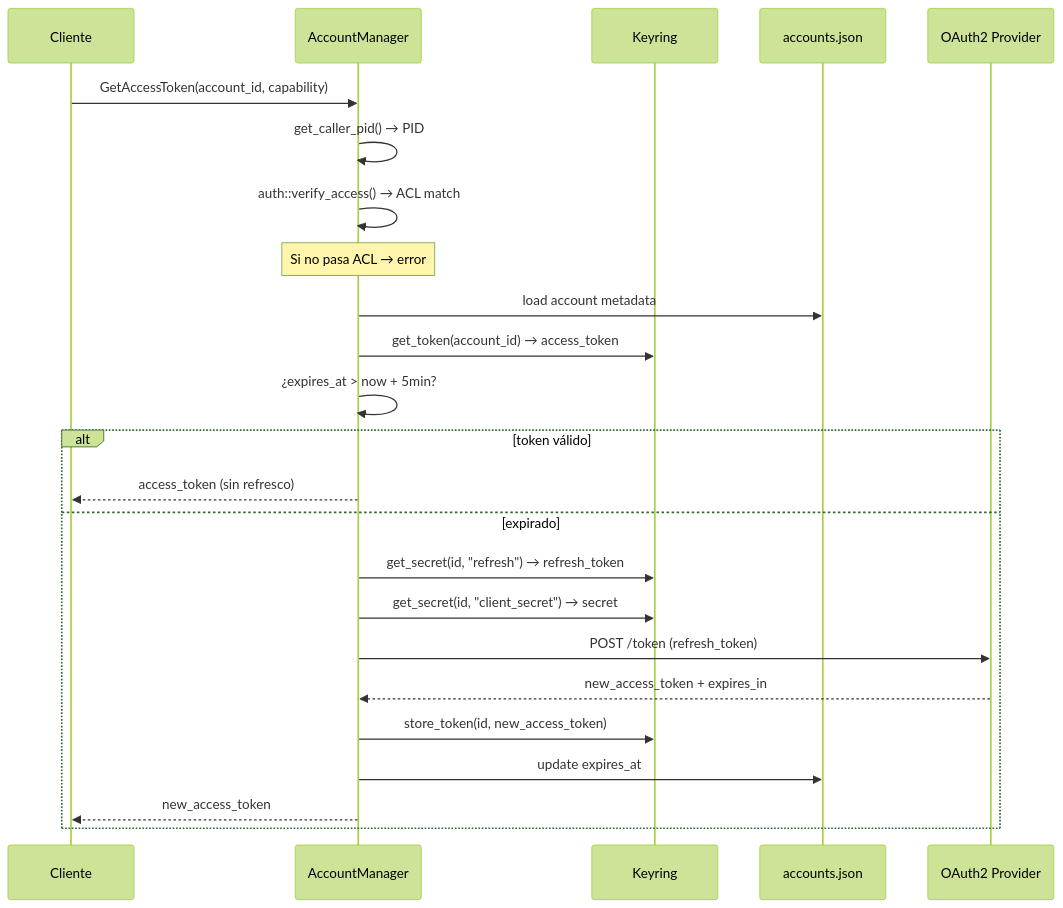
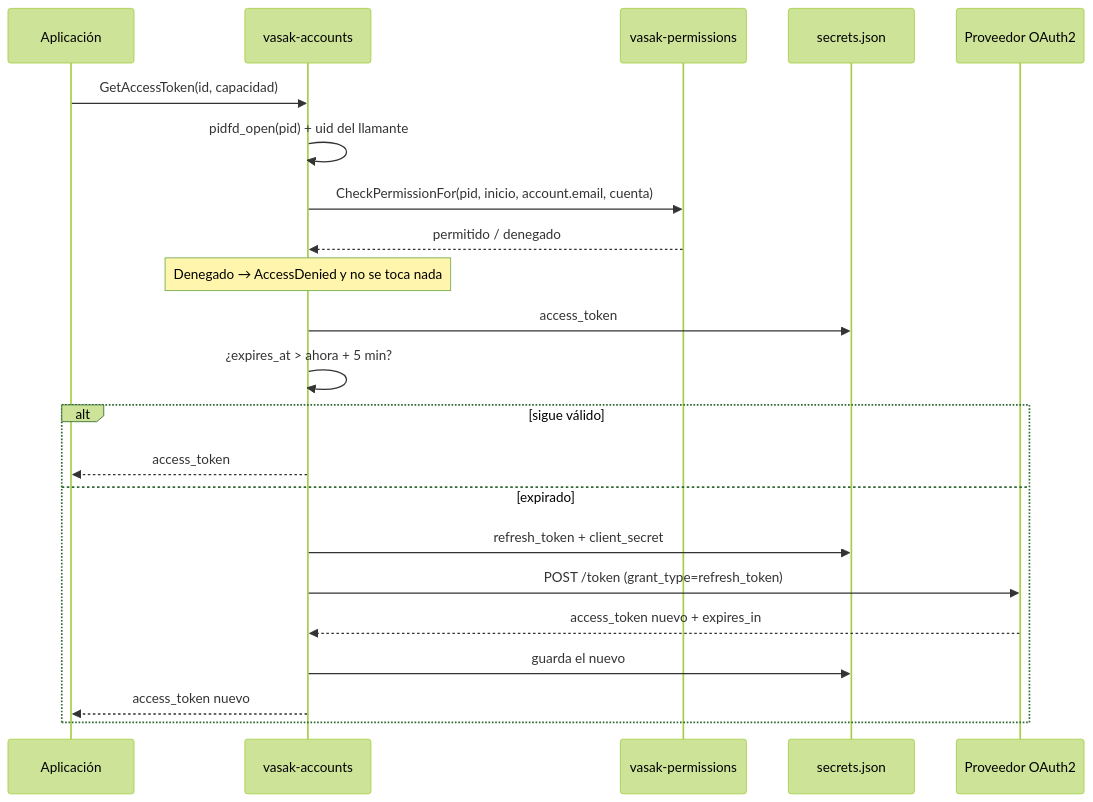
The second of 2 diagrams in README.md (Vasak-OS/vasak-accounts), drawn with Mermaid (forest theme) before and after one commit. The commit also changed other lines of this file and 4 other files, not shown here.

````diff
--- a/README.md
+++ b/README.md
@@ -159,29 +162,27 @@
 ```mermaid
 sequenceDiagram
-    participant C as Cliente
-    participant D as AccountManager
-    participant K as Keyring
-    participant J as accounts.json
-    participant O as OAuth2 Provider
+    participant C as Aplicación
+    participant D as vasak-accounts
+    participant P as vasak-permissions
+    participant S as secrets.json
+    participant O as Proveedor OAuth2
 
-    C->>D: GetAccessToken(account_id, capability)
-    D->>D: get_caller_pid() → PID
-    D->>D: auth::verify_access() → ACL match
-    Note over D: Si no pasa ACL → error
+    C->>D: GetAccessToken(id, capacidad)
+    D->>D: pidfd_open(pid) + uid del llamante
+    D->>P: CheckPermissionFor(pid, inicio, account.email, cuenta)
+    P-->>D: permitido / denegado
+    Note over D: Denegado → AccessDenied y no se toca nada
 
-    D->>J: load account metadata
-    D->>K: get_token(account_id) → access_token
-    D->>D: ¿expires_at > now + 5min?
+    D->>S: access_token
+    D->>D: ¿expires_at > ahora + 5 min?
 
-    alt token válido
-        D-->>C: access_token (sin refresco)
+    alt sigue válido
+        D-->>C: access_token
     else expirado
-        D->>K: get_secret(id, "refresh") → refresh_token
-        D->>K: get_secret(id, "client_secret") → secret
-        D->>O: POST /token (refresh_token)
-        O-->>D: new_access_token + expires_in
-        D->>K: store_token(id, new_access_token)
-        D->>J: update expires_at
-        D-->>C: new_access_token
+        D->>S: refresh_token + client_secret
+        D->>O: POST /token (grant_type=refresh_token)
+        O-->>D: access_token nuevo + expires_in
+        D->>S: guarda el nuevo
+        D-->>C: access_token nuevo
     end
 ```
````
